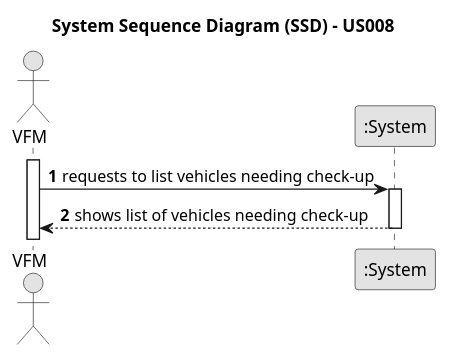
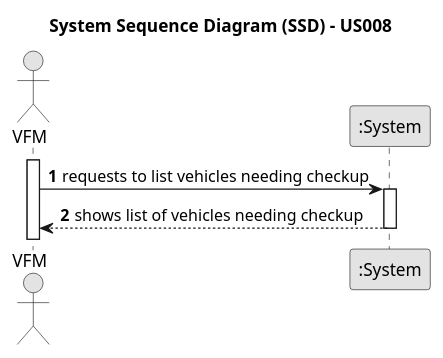
The diagram in docs/sprintB/us008/01.requirements-engineering/puml/us008-system-sequence-diagram-alternative-one.puml (ricardomm7/leaflink), drawn with PlantUML before and after one commit. The commit also changed 13 other files, not shown here.

```diff
--- a/docs/sprintB/us008/01.requirements-engineering/puml/us008-system-sequence-diagram-alternative-one.puml
+++ b/docs/sprintB/us008/01.requirements-engineering/puml/us008-system-sequence-diagram-alternative-one.puml
@@ -1,21 +1,21 @@
 @startuml
 skinparam monochrome true
 skinparam packageStyle rectangle
 skinparam shadowing false
 
 title System Sequence Diagram (SSD) - US008
 
 autonumber
 
 actor "VFM" as VFM
 participant ":System" as System
 
 activate VFM
 
-        VFM -> System : requests to list vehicles needing check-up
+        VFM -> System : requests to list vehicles needing checkup
         activate System
 
-            System --> VFM : shows list of vehicles needing check-up
+            System --> VFM : shows list of vehicles needing checkup
         deactivate System
 
 @enduml
```
